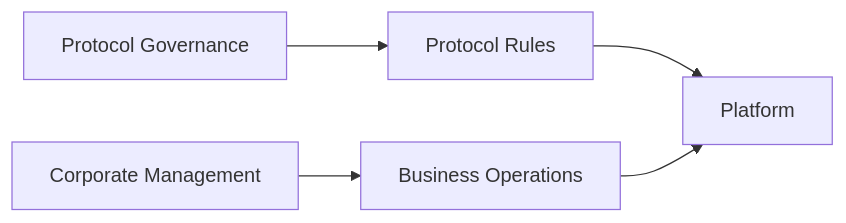
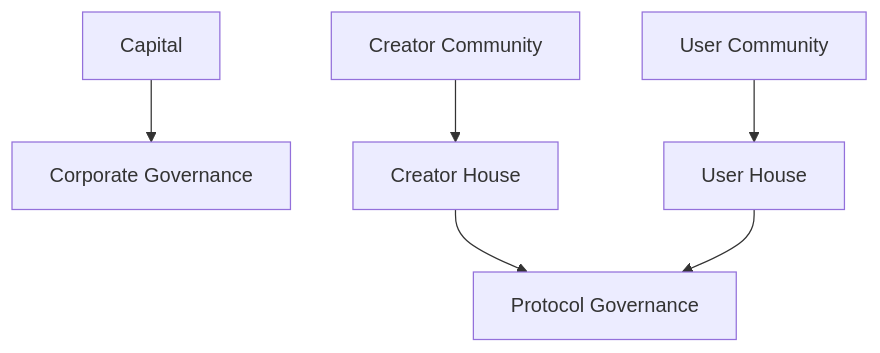
One commit to ShigeichiroYamasaki/creator-first-platform changed diagram 12 of 23 in docs/whitepaper/07-governance.md. Above: the diagram before and after it, drawn with Mermaid. The commit also changed other lines of this file and 1 other file, not shown here.

````diff
--- a/docs/whitepaper/07-governance.md
+++ b/docs/whitepaper/07-governance.md
@@ -361,11 +561,15 @@
 ```mermaid
-flowchart LR
-    GOV[Protocol Governance]
-    CORP[Corporate Management]
+flowchart TD
+    CAPITAL[Capital]
+    CORP[Corporate Governance]
 
-    GOV --> PROTOCOL[Protocol Rules]
-    CORP --> BUSINESS[Business Operations]
+    CREATOR[Creator Community]
+    USER[User Community]
 
-    PROTOCOL --> PLATFORM[Platform]
-    BUSINESS --> PLATFORM
+    CAPITAL --> CORP
+    CREATOR --> CH[Creator House]
+    USER --> UH[User House]
+
+    CH --> PROTOCOL[Protocol Governance]
+    UH --> PROTOCOL
 ```
````
